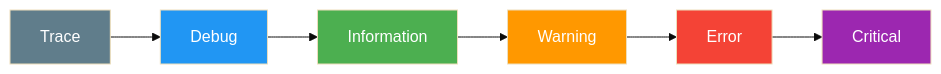
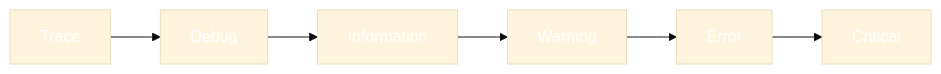
The second of 2 diagrams in 09-configuracion-logging.md (joseluisgs/DesarrolloWebEntornosServidor-02-2026-2027), drawn with Mermaid (base theme) before and after one commit. The commit also changed other lines of this file and 41 other files, not shown here.

````diff
--- a/09-configuracion-logging.md
+++ b/09-configuracion-logging.md
@@ -282,14 +282,14 @@
 ```mermaid
 flowchart LR
     T["Trace"] --> D["Debug"]
     D --> I["Information"]
     I --> W["Warning"]
     W --> E["Error"]
     E --> F["Critical"]
-    style T fill:#607D8B,color:#fff
-    style D fill:#2196F3,color:#fff
-    style I fill:#4CAF50,color:#fff
-    style W fill:#FF9800,color:#fff
-    style E fill:#f44336,color:#fff
-    style F fill:#9C27B0,color:#fff
+    style T fill:#607D8,color:#fffB,color:#fff
+    style D fill:#2196F,color:#fff3,color:#fff
+    style I fill:#4CAF5,color:#fff0,color:#fff
+    style W fill:#FF980,color:#fff0,color:#fff
+    style E fill:#f4433,color:#fff6,color:#fff
+    style F fill:#9C27B,color:#fff0,color:#fff
 ```
````
